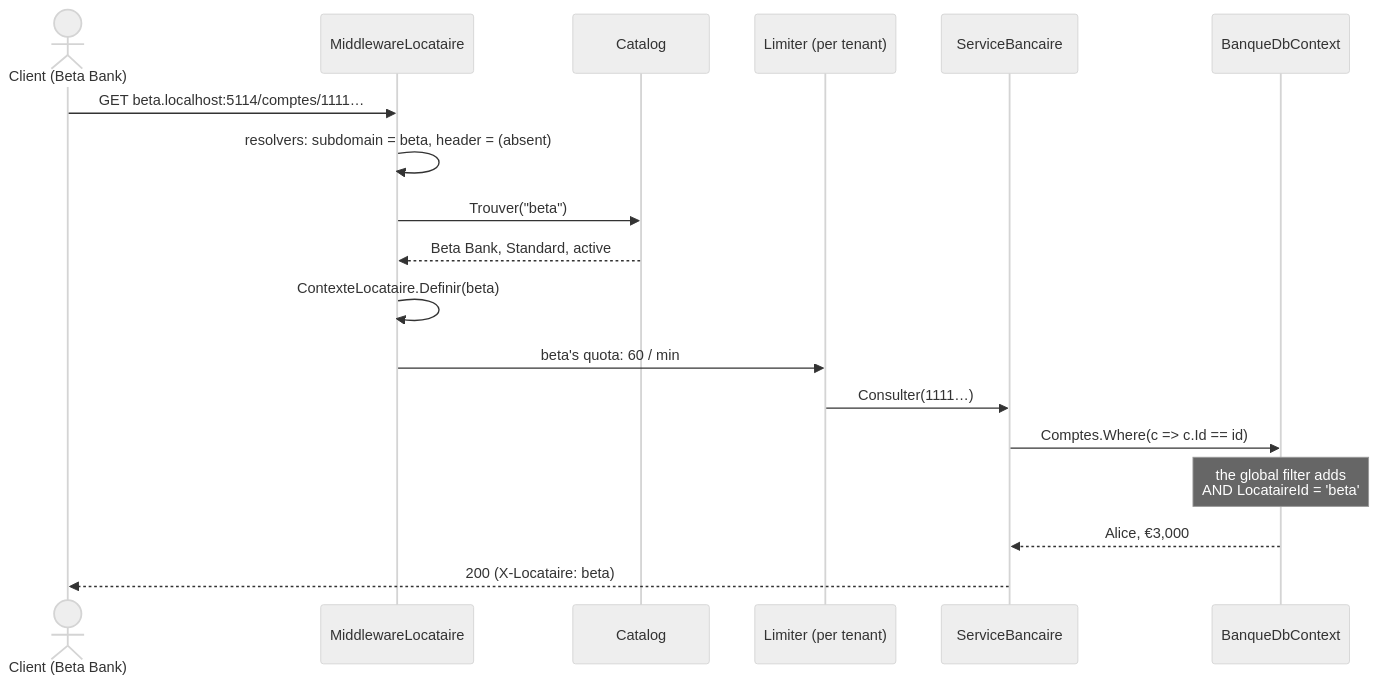
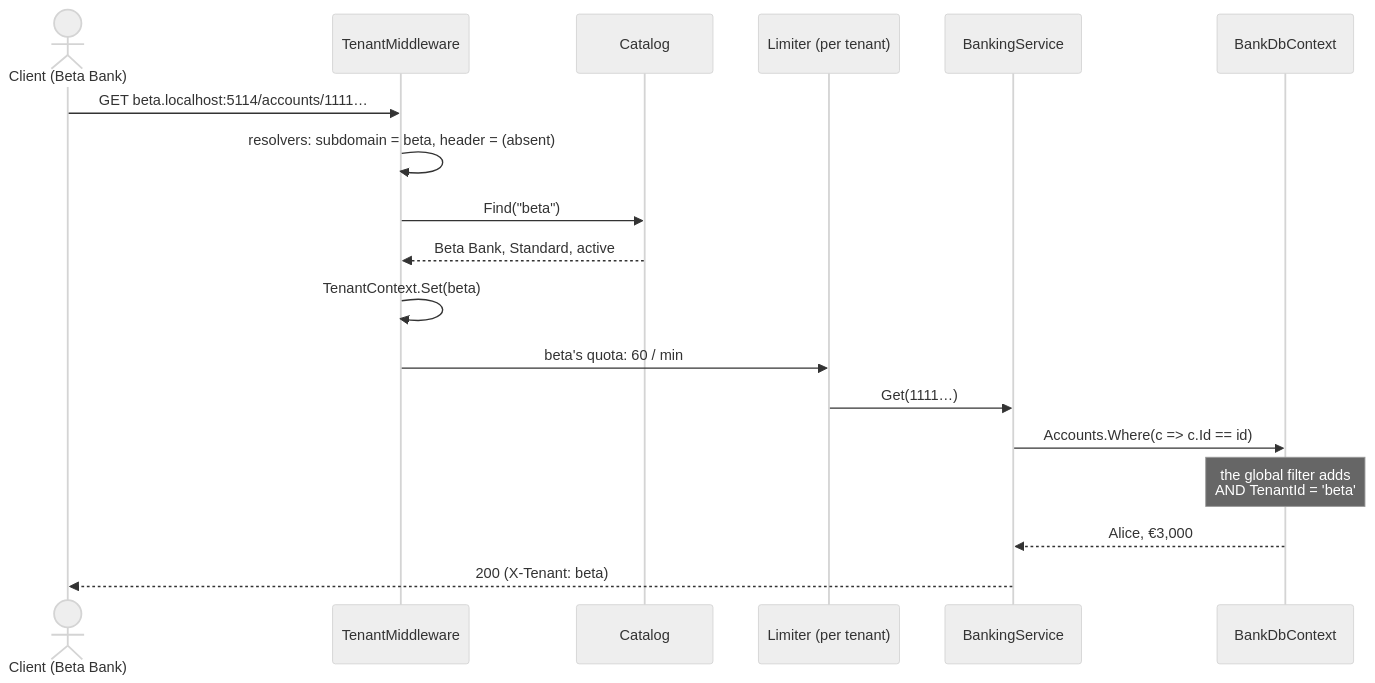
One commit to drangoht/ArchitecturesDemo changed the third of 5 diagrams in Docs/en/15-multi-tenant.md. Above: the diagram before and after it, drawn with Mermaid (neutral theme). The commit also changed other lines of this file and 78 other files, not shown here.

First line of the commit message:
Docs EN : identifiants, liens, diagrammes et sorties alignés sur le code anglais

````diff
--- a/Docs/en/15-multi-tenant.md
+++ b/Docs/en/15-multi-tenant.md
@@ -84,20 +83,20 @@
 ```mermaid
 sequenceDiagram
     actor Client as Client (Beta Bank)
-    participant M as MiddlewareLocataire
+    participant M as TenantMiddleware
     participant Cat as Catalog
     participant L as Limiter (per tenant)
-    participant S as ServiceBancaire
-    participant DB as BanqueDbContext
-    Client->>M: GET beta.localhost:5114/comptes/1111…
+    participant S as BankingService
+    participant DB as BankDbContext
+    Client->>M: GET beta.localhost:5114/accounts/1111…
     M->>M: resolvers: subdomain = beta, header = (absent)
-    M->>Cat: Trouver("beta")
+    M->>Cat: Find("beta")
     Cat-->>M: Beta Bank, Standard, active
-    M->>M: ContexteLocataire.Definir(beta)
+    M->>M: TenantContext.Set(beta)
     M->>L: beta's quota: 60 / min
-    L->>S: Consulter(1111…)
-    S->>DB: Comptes.Where(c => c.Id == id)
-    Note over DB: the global filter adds<br/>AND LocataireId = 'beta'
+    L->>S: Get(1111…)
+    S->>DB: Accounts.Where(c => c.Id == id)
+    Note over DB: the global filter adds<br/>AND TenantId = 'beta'
     DB-->>S: Alice, €3,000
-    S-->>Client: 200 (X-Locataire: beta)
+    S-->>Client: 200 (X-Tenant: beta)
 ```
````
